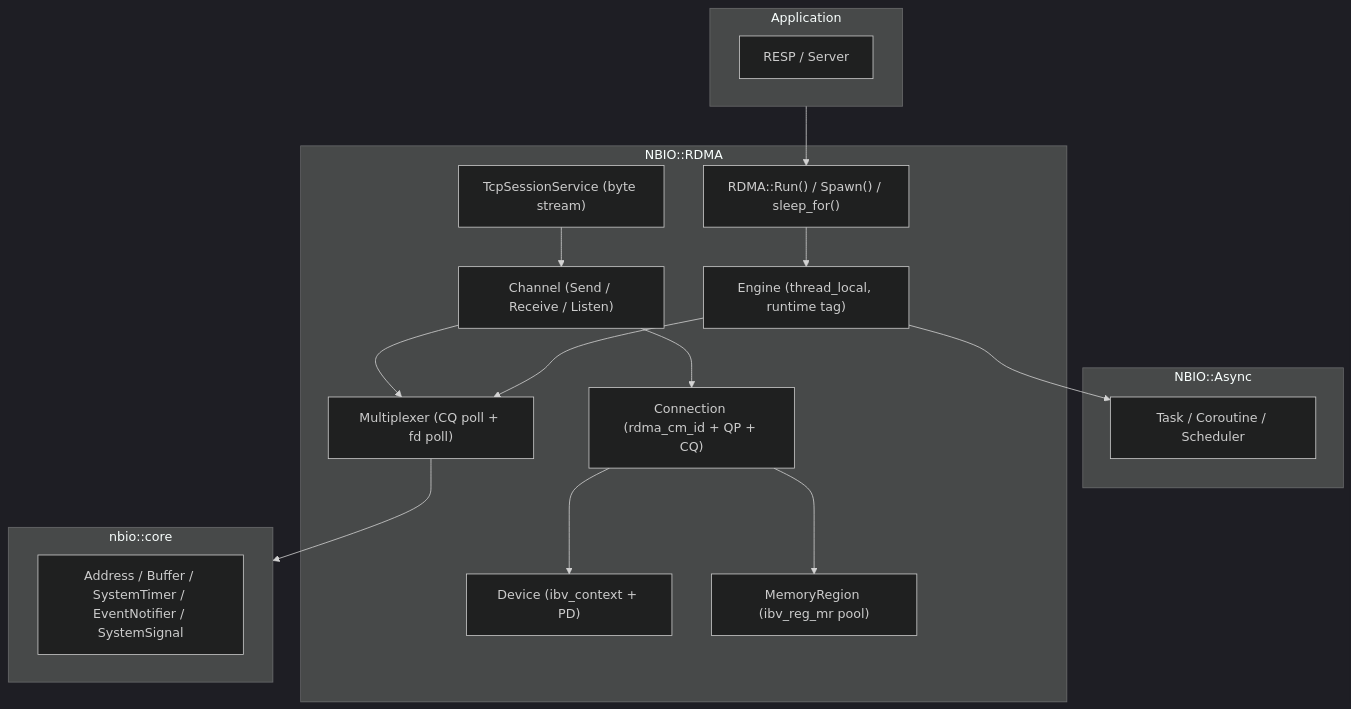
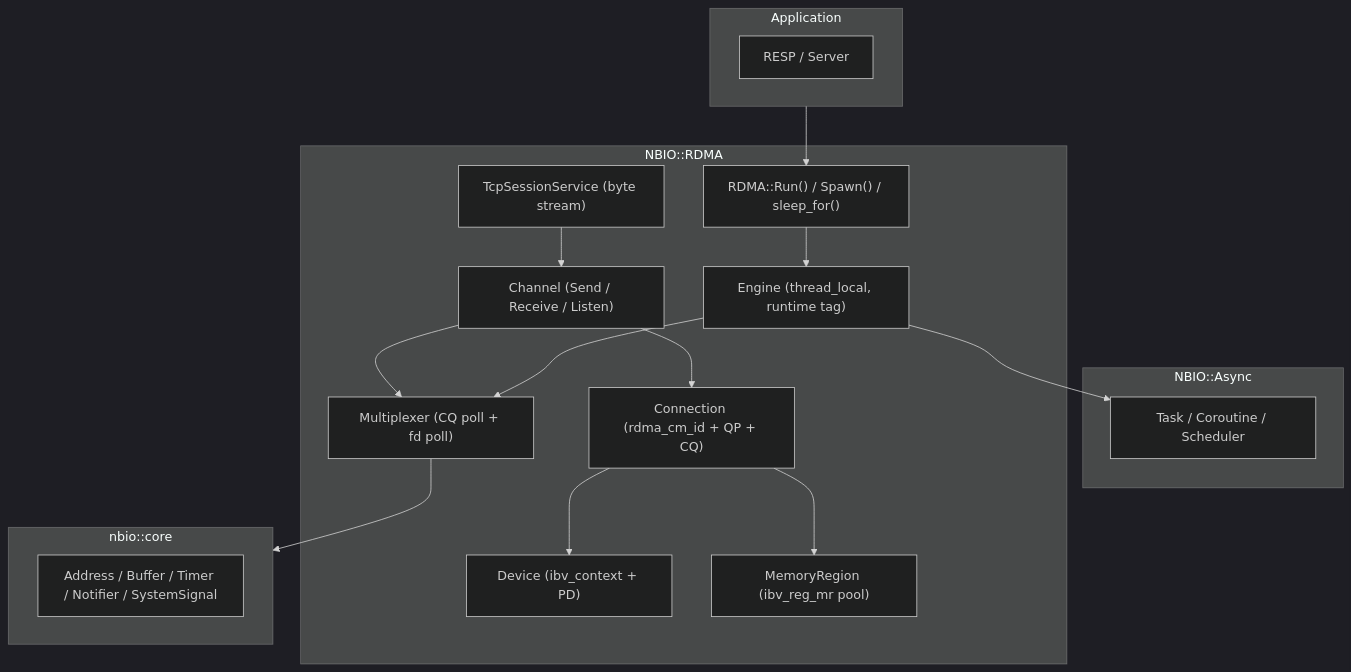
Before and after one commit to UserNameUnavailableIsUnavailable/KVStore: the first of 4 diagrams in Documentation/RDMA.md, drawn with Mermaid (dark theme). The commit also changed other lines of this file and 17 other files, not shown here.

````diff
--- a/Documentation/RDMA.md
+++ b/Documentation/RDMA.md
@@ -134,36 +134,36 @@
 ```mermaid
 flowchart TD
     subgraph App["Application"]
         RESP["RESP / Server"]
     end
 
     subgraph Sync["NBIO::Async"]
         T["Task / Coroutine / Scheduler"]
     end
 
     subgraph RDMA["NBIO::RDMA"]
         RUN["RDMA::Run() / Spawn() / sleep_for()"]
         ENG["Engine (thread_local, runtime tag)"]
         MUX["Multiplexer (CQ poll + fd poll)"]
         CH["Channel (Send / Receive / Listen)"]
         CONN["Connection (rdma_cm_id + QP + CQ)"]
         DEV["Device (ibv_context + PD)"]
         MEM["MemoryRegion (ibv_reg_mr pool)"]
         SESS["TcpSessionService (byte stream)"]
     end
 
     subgraph Core["nbio::core"]
-        ADDR["Address / Buffer / SystemTimer / EventNotifier / SystemSignal"]
+        ADDR["Address / Buffer / Timer / Notifier / SystemSignal"]
     end
 
     App --> RUN
     RUN --> ENG
     SESS --> CH
     CH --> CONN
     CH --> MUX
     CONN --> DEV
     CONN --> MEM
     ENG --> MUX
     ENG --> T
     MUX --> Core
 ```
````
